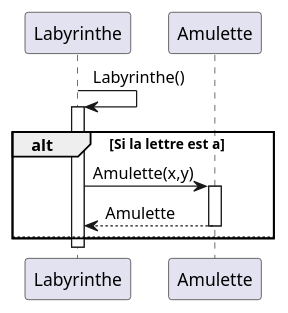
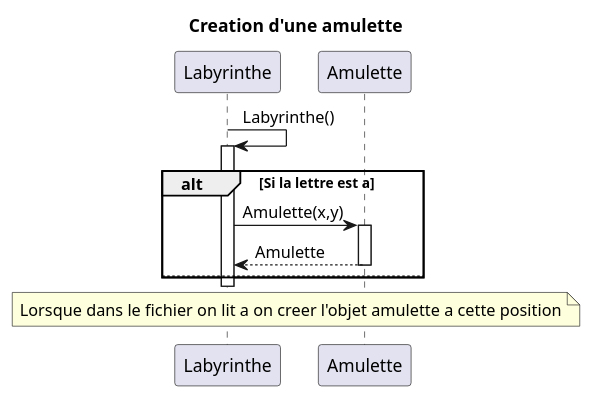
One commit to LukaSalvo/SAE2024 changed the diagram in zeldiablo/documents/version_5/diagseq_creationamulette.puml. Above: the diagram before and after it, drawn with PlantUML. The commit also changed 5 other files, not shown here.

```diff
--- a/zeldiablo/documents/version_5/diagseq_creationamulette.puml
+++ b/zeldiablo/documents/version_5/diagseq_creationamulette.puml
@@ -1,13 +1,17 @@
 @startuml
+title : Creation d'une amulette
 Labyrinthe -> Labyrinthe: Labyrinthe()
 activate Labyrinthe
 alt Si la lettre est a
     Labyrinthe-> Amulette: Amulette(x,y)
     activate Amulette
     Amulette -->Labyrinthe:Amulette
     deactivate Amulette
 else
 end
 deactivate Labyrinthe
+note across
+Lorsque dans le fichier on lit a on creer l'objet amulette a cette position
+end note
 
 @enduml
```
